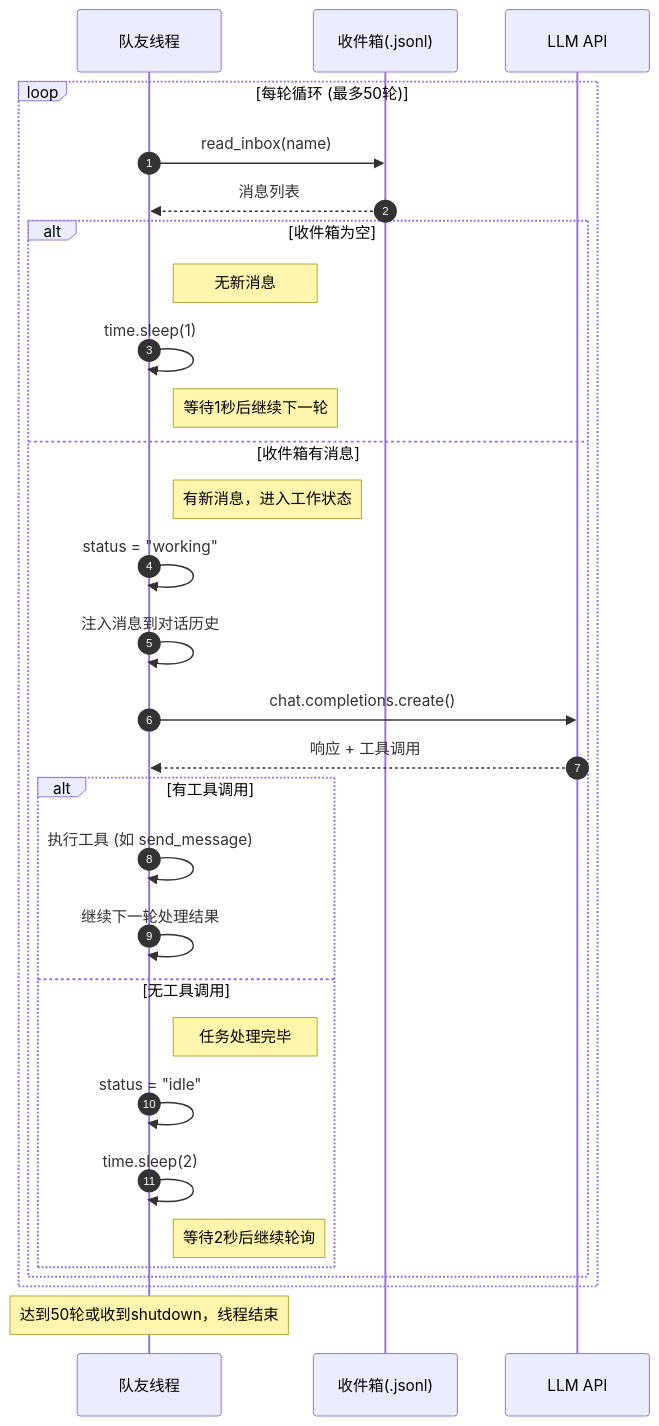
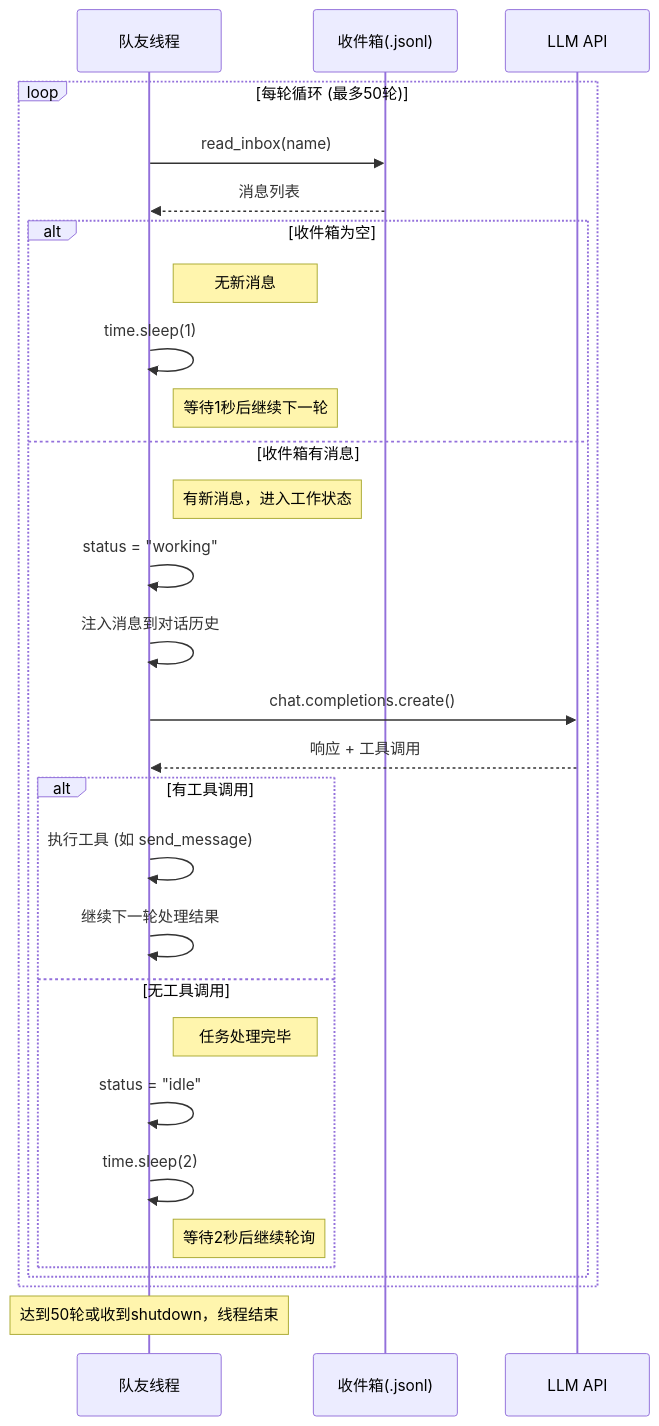
The tenth of 12 diagrams in docs/01-learn-claude-code/01-执行流程/s09_agent_teams.md (hata33/blog), drawn with Mermaid before and after one commit. The commit also changed other lines of this file and 5 other files, not shown here.

````diff
--- a/docs/01-learn-claude-code/01-执行流程/s09_agent_teams.md
+++ b/docs/01-learn-claude-code/01-执行流程/s09_agent_teams.md
@@ -614,37 +866,36 @@
 ```mermaid
 sequenceDiagram
-    autonumber
     participant Agent as 队友线程
     participant Inbox as 收件箱(.jsonl)
     participant LLM as LLM API
 
     loop 每轮循环 (最多50轮)
         Agent->>Inbox: read_inbox(name)
         Inbox-->>Agent: 消息列表
 
         alt 收件箱为空
             Note right of Agent: 无新消息
             Agent->>Agent: time.sleep(1)
             Note right of Agent: 等待1秒后继续下一轮
         else 收件箱有消息
             Note right of Agent: 有新消息，进入工作状态
             Agent->>Agent: status = "working"
             Agent->>Agent: 注入消息到对话历史
 
             Agent->>LLM: chat.completions.create()
             LLM-->>Agent: 响应 + 工具调用
 
             alt 有工具调用
                 Agent->>Agent: 执行工具 (如 send_message)
                 Agent->>Agent: 继续下一轮处理结果
             else 无工具调用
                 Note right of Agent: 任务处理完毕
                 Agent->>Agent: status = "idle"
                 Agent->>Agent: time.sleep(2)
                 Note right of Agent: 等待2秒后继续轮询
             end
         end
     end
 
     Note over Agent: 达到50轮或收到shutdown，线程结束
 ```
````
